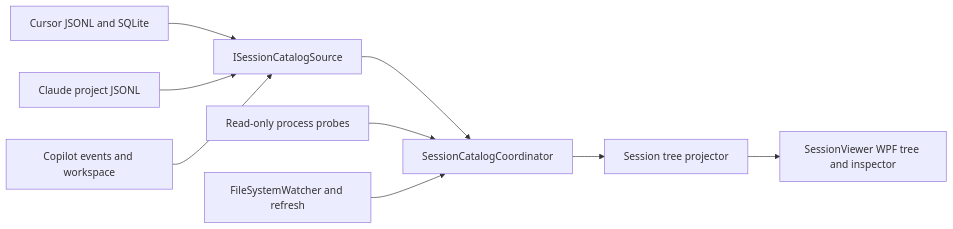
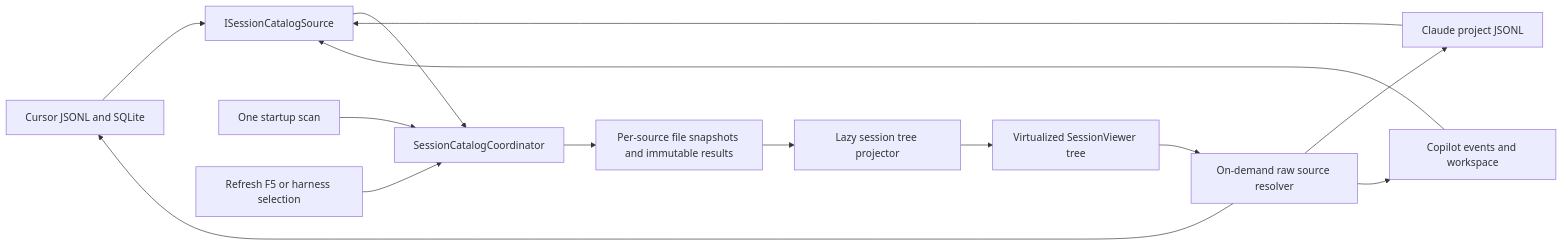
One commit to chrisnas/HarnessSpy changed the second of 2 diagrams in src/architecture.md. Above: the diagram before and after it, drawn with Mermaid. The commit also changed other lines of this file and 62 other files, not shown here.

Commit message:
Update SessionViewer

````diff
--- a/src/architecture.md
+++ b/src/architecture.md
@@ -134,11 +134,16 @@
 ```mermaid
 flowchart LR
     CursorFiles[Cursor JSONL and SQLite] --> CatalogSources[ISessionCatalogSource]
     ClaudeFiles[Claude project JSONL] --> CatalogSources
     CopilotFiles[Copilot events and workspace] --> CatalogSources
     CatalogSources --> Catalog[SessionCatalogCoordinator]
-    ProcessProbes[Read-only process probes] --> Catalog
-    FileWatchers[FileSystemWatcher and refresh] --> Catalog
-    Catalog --> Projector[Session tree projector]
-    Projector --> SessionUi[SessionViewer WPF tree and inspector]
+    Startup[One startup scan] --> Catalog
+    Manual[Refresh F5 or harness selection] --> Catalog
+    Catalog --> SourceState[Per-source file snapshots and immutable results]
+    SourceState --> Projector[Lazy session tree projector]
+    Projector --> SessionUi[Virtualized SessionViewer tree]
+    SessionUi --> RawResolver[On-demand raw source resolver]
+    RawResolver --> CursorFiles
+    RawResolver --> ClaudeFiles
+    RawResolver --> CopilotFiles
 ```
````
